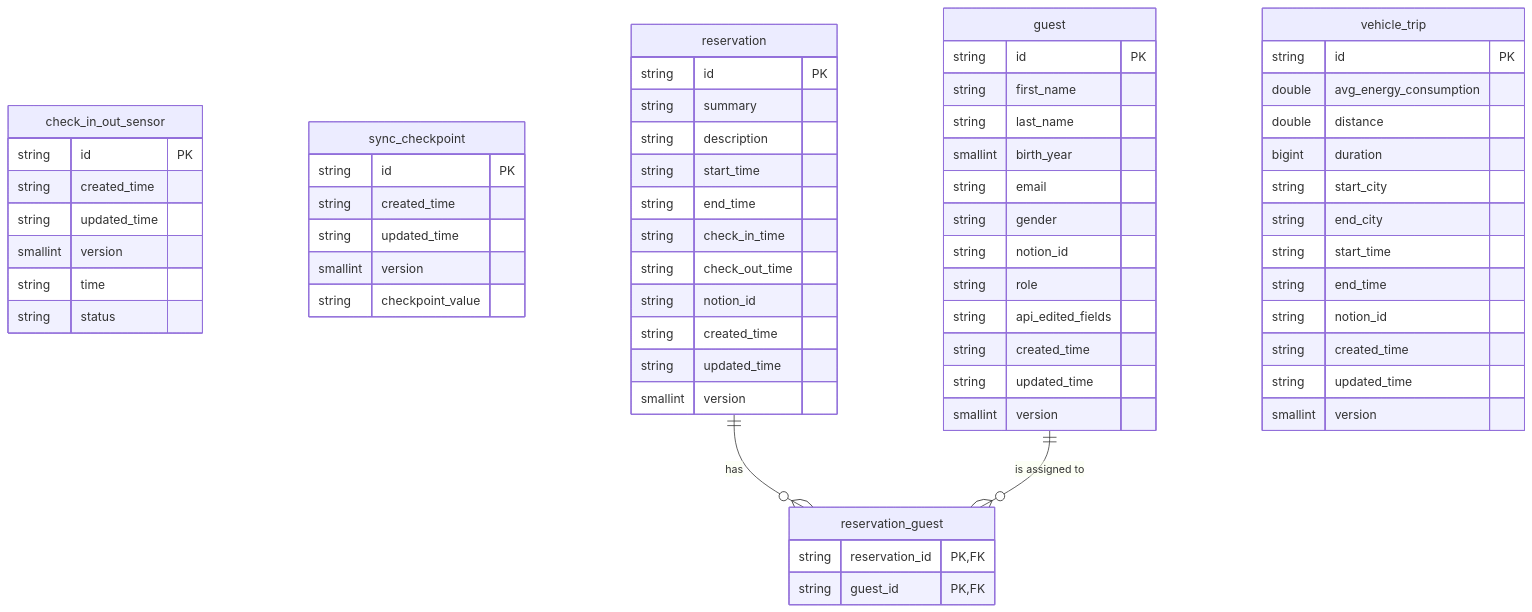
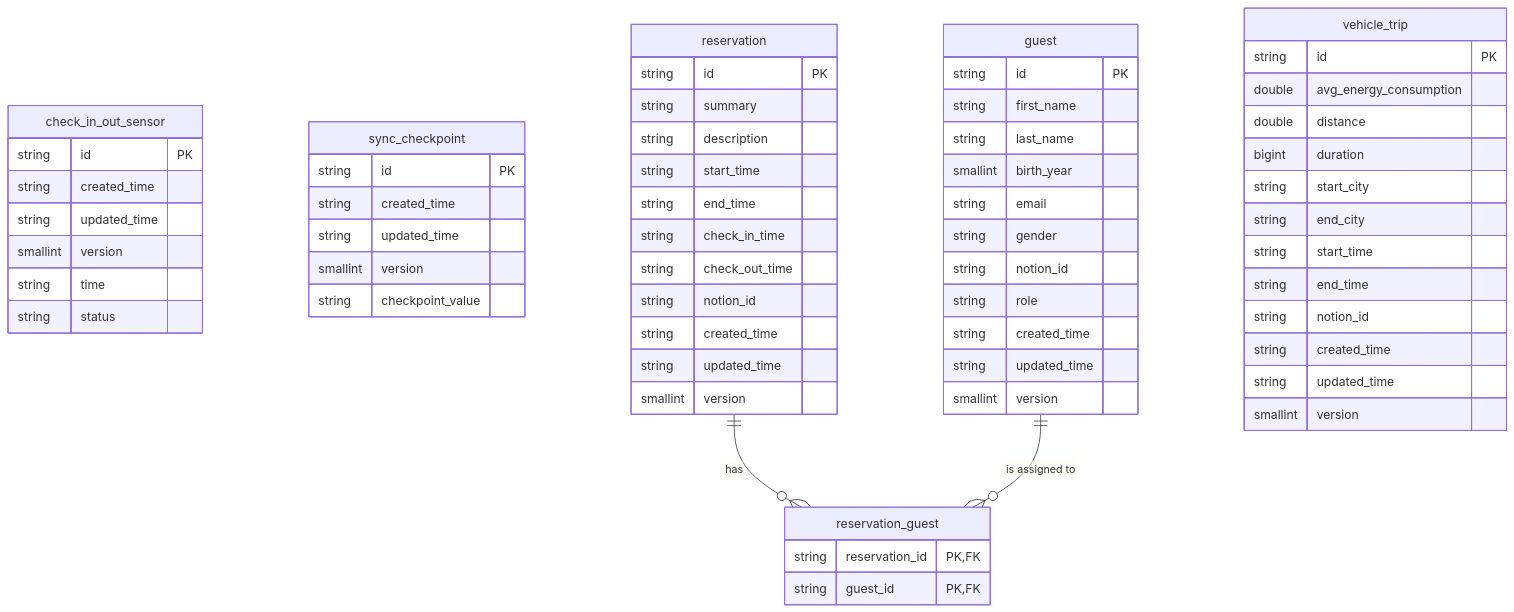
One commit to ismarslomic/cabin-visits-kotlin changed the diagram in docs/database_schema.md. Above: the diagram before and after it, drawn with Mermaid. The commit also changed 25 other files, not shown here.

First line of the commit message:
refactor: remove guests.json import and api_edited_fields (PR 0b of reservations REST API plan)

````diff
--- a/docs/database_schema.md
+++ b/docs/database_schema.md
@@ -3,71 +3,70 @@
 ```mermaid
 erDiagram
     check_in_out_sensor {
         string id PK
         string created_time
         string updated_time
         smallint version
         string time
         string status
     }
 
     sync_checkpoint {
         string id PK
         string created_time
         string updated_time
         smallint version
         string checkpoint_value
     }
 
     guest {
         string id PK
         string first_name
         string last_name
         smallint birth_year
         string email
         string gender
         string notion_id
         string role
-        string api_edited_fields
         string created_time
         string updated_time
         smallint version
     }
 
     reservation {
         string id PK
         string summary
         string description
         string start_time
         string end_time
         string check_in_time
         string check_out_time
         string notion_id
         string created_time
         string updated_time
         smallint version
     }
 
     reservation_guest {
         string reservation_id PK, FK
         string guest_id PK, FK
     }
 
     vehicle_trip {
         string id PK
         double avg_energy_consumption
         double distance
         bigint duration
         string start_city
         string end_city
         string start_time
         string end_time
         string notion_id
         string created_time
         string updated_time
         smallint version
     }
 
     reservation ||--o{ reservation_guest: "has"
     guest ||--o{ reservation_guest: "is assigned to"
 ```
````
